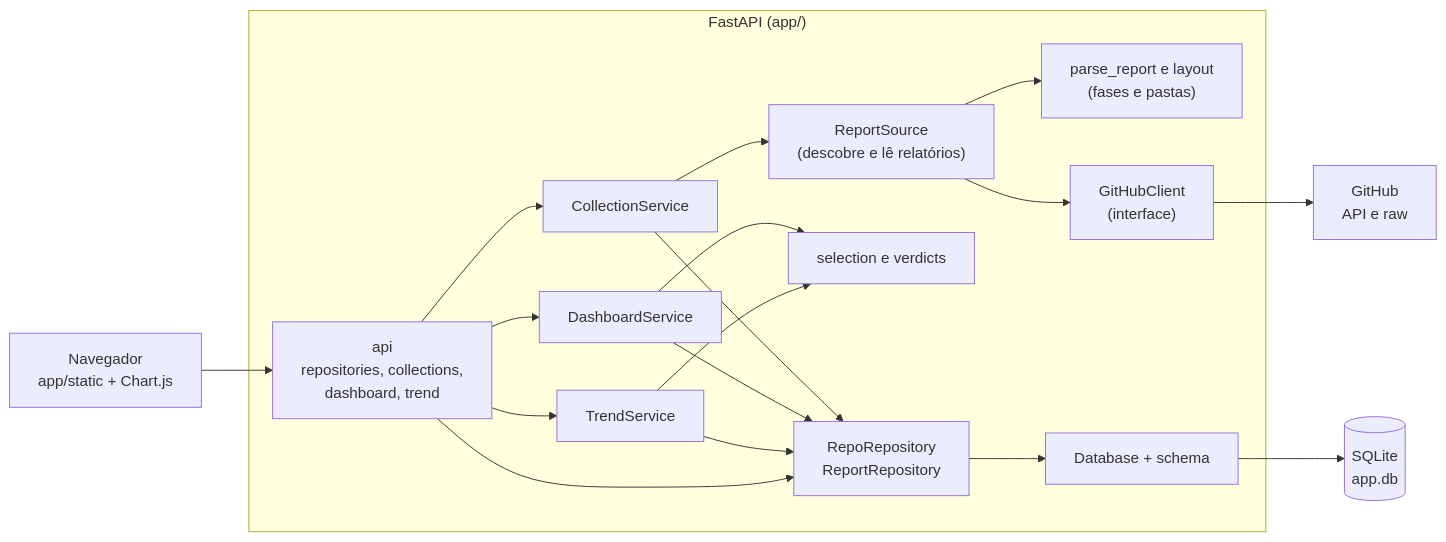
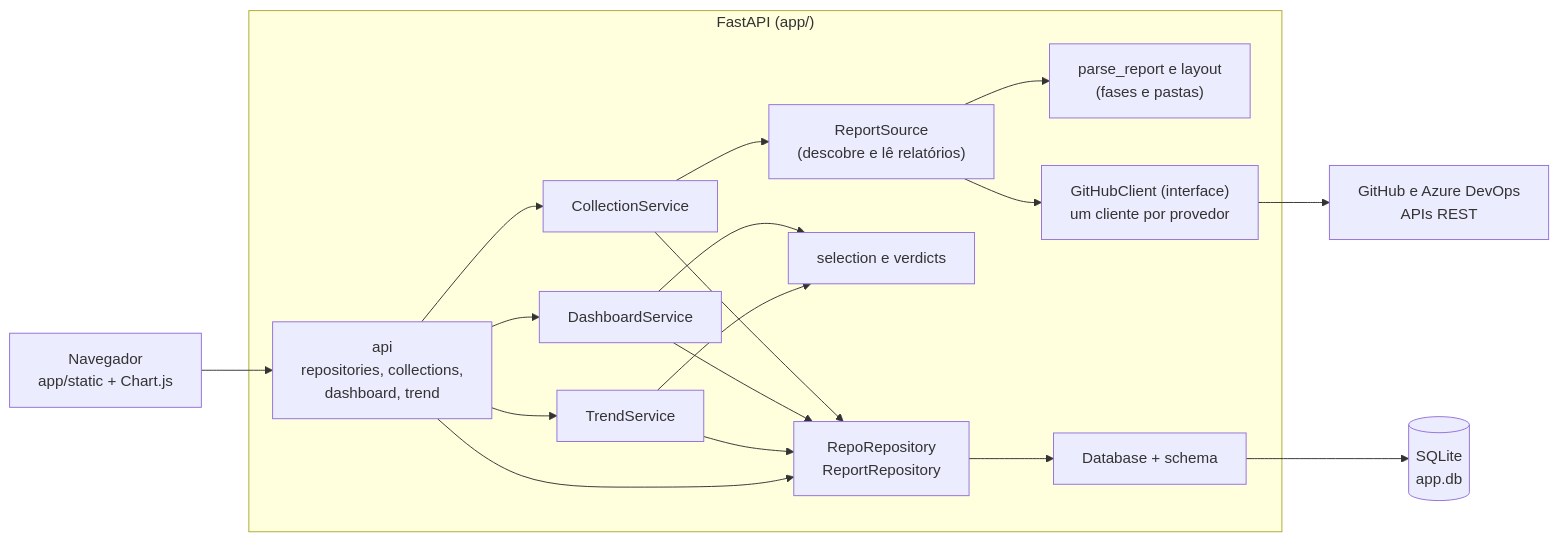
One commit to joaogoes/akcit_modulo_4 changed the diagram in README.md. Above: the diagram before and after it, drawn with Mermaid. The commit also changed other lines of this file and 3 other files, not shown here.

First line of the commit message:
docs: documenta o Azure DevOps e os tokens cifrados

````diff
--- a/README.md
+++ b/README.md
@@ -125,31 +135,31 @@
 ```mermaid
 flowchart LR
     Browser["Navegador<br/>app/static + Chart.js"]
-    GitHub["GitHub<br/>API e raw"]
+    GitHub["GitHub e Azure DevOps<br/>APIs REST"]
 
     subgraph App["FastAPI (app/)"]
         API["api<br/>repositories, collections,<br/>dashboard, trend"]
         Collect["CollectionService"]
         Source["ReportSource<br/>(descobre e lê relatórios)"]
         Parser["parse_report e layout<br/>(fases e pastas)"]
-        Client["GitHubClient<br/>(interface)"]
+        Client["GitHubClient (interface)<br/>um cliente por provedor"]
         Dash["DashboardService"]
         Trend["TrendService"]
         Shared["selection e verdicts"]
         Repos["RepoRepository<br/>ReportRepository"]
         DB["Database + schema"]
     end
 
     SQLite[("SQLite<br/>app.db")]
 
     Browser --> API
     API --> Collect --> Source --> Client --> GitHub
     Source --> Parser
     Collect --> Repos
     API --> Dash --> Shared
     API --> Trend --> Shared
     Dash --> Repos
     Trend --> Repos
     API --> Repos
     Repos --> DB --> SQLite
 ```
````
